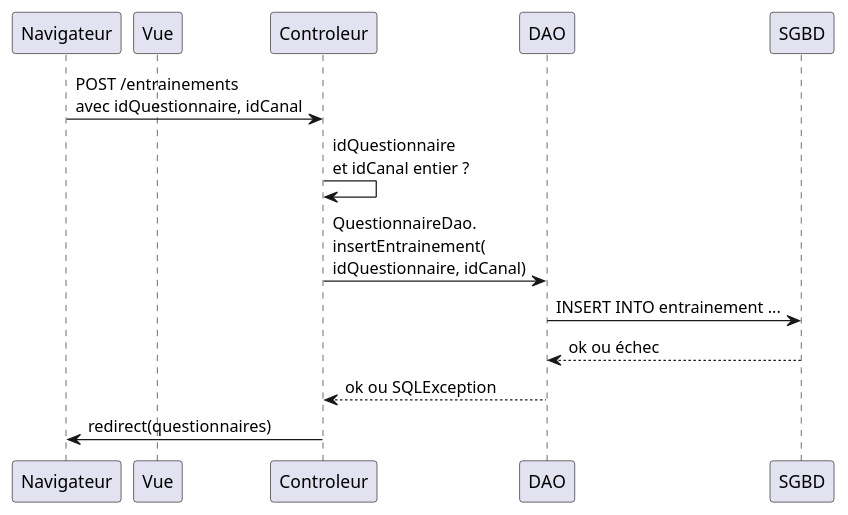
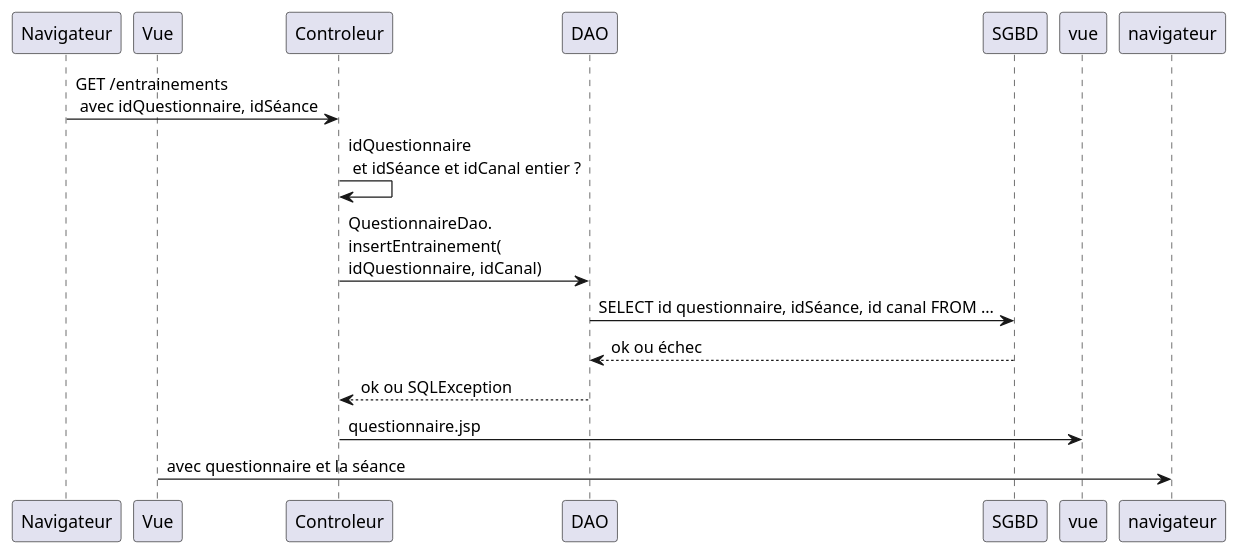
One commit to michel-plasse/SIOMassy2022 changed the diagram in src/main/uml/lancerQuestionnaire.puml. Above: the diagram before and after it, drawn with PlantUML. The commit also changed 1 other file, not shown here.

```diff
--- a/src/main/uml/lancerQuestionnaire.puml
+++ b/src/main/uml/lancerQuestionnaire.puml
@@ -1,13 +1,13 @@
 @startuml
 participant Navigateur
 participant Vue
 
-Navigateur -> Controleur: POST /entrainements\navec idQuestionnaire, idCanal
-Controleur -> Controleur: idQuestionnaire\net idCanal entier ?
+Navigateur -> Controleur: GET /entrainements\n avec idQuestionnaire, idSéance
+Controleur -> Controleur: idQuestionnaire\n et idSéance et idCanal entier ?
 Controleur -> DAO: QuestionnaireDao.\ninsertEntrainement(\nidQuestionnaire, idCanal)
-DAO -> SGBD: INSERT INTO entrainement ...
+DAO -> SGBD: SELECT id questionnaire, idSéance, id canal FROM ...
 SGBD --> DAO: ok ou échec
 DAO --> Controleur: ok ou SQLException
-Controleur -> Navigateur: redirect(questionnaires)
-
+Controleur -> vue: questionnaire.jsp
+Vue -> navigateur:avec questionnaire et la séance 
 @enduml
```
